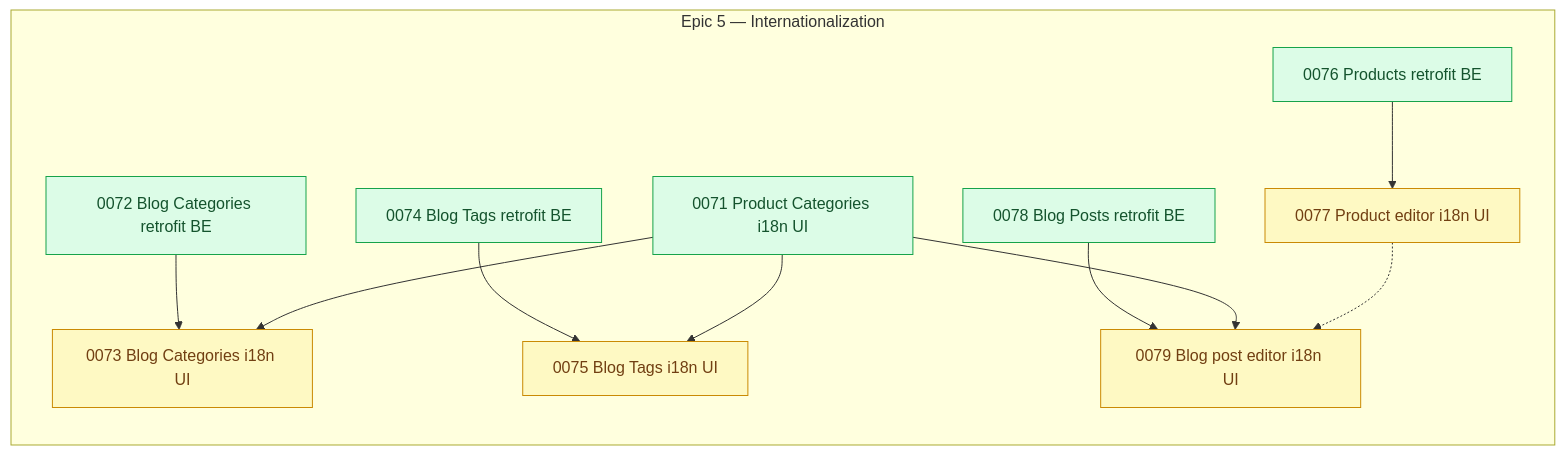
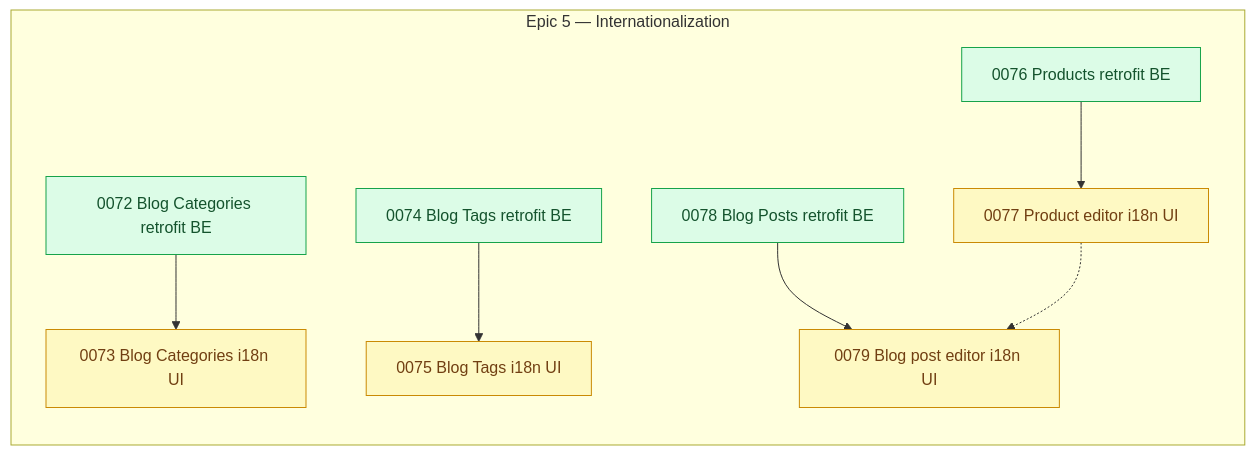
Before and after one commit to shojen/AI4Devs-finalproject: the diagram in arospe/ai-spec/tasks-map.md, drawn with Mermaid. The commit also changed other lines of this file and 11 other files, not shown here.

````diff
--- a/arospe/ai-spec/tasks-map.md
+++ b/arospe/ai-spec/tasks-map.md
@@ -522,7 +525,6 @@
 
     subgraph PEND_I18N["Epic 5 — Internationalization"]
         direction TB
-        P0071["0071 Product Categories i18n UI"]
         P0072["0072 Blog Categories retrofit BE"]
         P0073["0073 Blog Categories i18n UI"]
         P0074["0074 Blog Tags retrofit BE"]
@@ -595,17 +597,15 @@
     %% this merge -- neither removal supersedes the other.)
     %% (P0067 -.-> P0069 dropped: 0067 closed to done/ 2026-10-02, the fourth Epic 5 story to close; its node and the conflict edge are removed.)
     P0072 --> P0073
-    P0071 --> P0073
     P0074 --> P0075
-    P0071 --> P0075
     P0076 --> P0077
     P0078 --> P0079
-    P0071 --> P0079
     P0077 -.-> P0079
     %% (P0082 --> P0083 and P0082 -.-> P0076/P0078 dropped: 0082 is done; 0083 is now ready.)
     %% (P0084 --> P0085 dropped: 0084 is done; 0085 is done too.)
     %% (P0083 -.-> P0085 and P0083 --> P0086 dropped: 0083 is done; 0086 is now ready.)
 
     class P0073,P0075,P0077,P0079 pending;
-    class P0071,P0072,P0074,P0076,P0078 ready;
+    class P0072,P0074,P0076,P0078 ready;
+    %% (P0071 --> P0073/P0075/P0079 dropped: 0071 closed to done/ 2026-10-07.)
 ```
````
